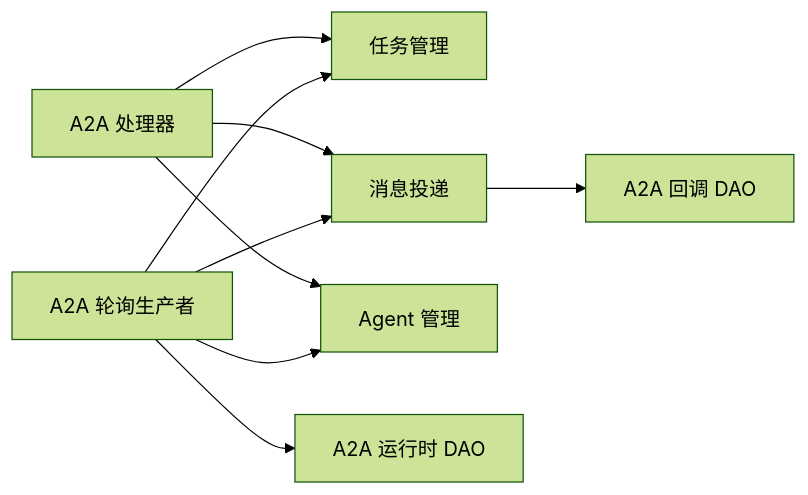
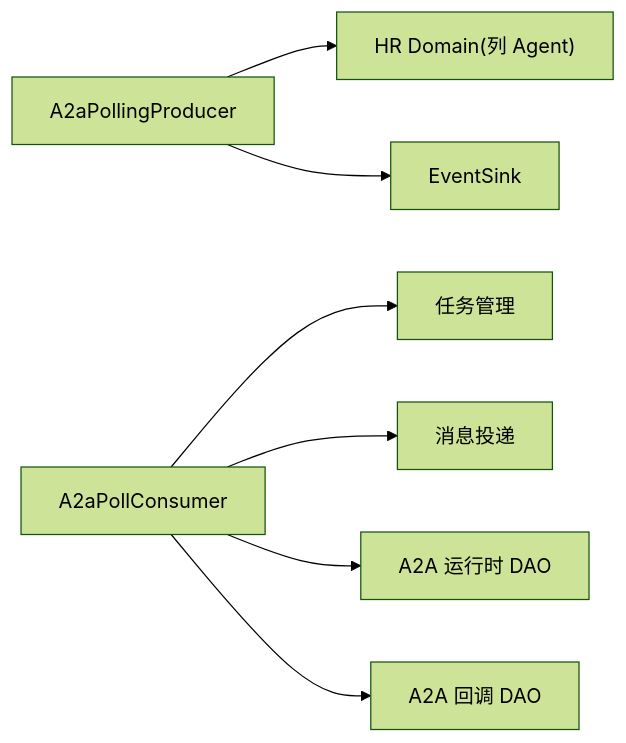
One commit to runningcoders/ai_orz changed the fourth of 4 diagrams in docs/wiki/zh/content/基础设施/AOP 事件系统/事件生产者/A2A 轮询生产者.md. Above: the diagram before and after it, drawn with Mermaid (forest theme). The commit also changed other lines of this file and 37 other files, not shown here.

````diff
--- a/docs/wiki/zh/content/基础设施/AOP 事件系统/事件生产者/A2A 轮询生产者.md
+++ b/docs/wiki/zh/content/基础设施/AOP 事件系统/事件生产者/A2A 轮询生产者.md
@@ -240,11 +205,9 @@
 ```mermaid
 graph LR
-P["A2A 轮询生产者"] --> D1["任务管理"]
-P --> D2["消息投递"]
-P --> D3["Agent 管理"]
-P --> R["A2A 运行时 DAO"]
-H["A2A 处理器"] --> D1
-H --> D2
-H --> D3
-D2 --> C["A2A 回调 DAO"]
+P["A2aPollingProducer"] --> HR["HR Domain(列 Agent)"]
+P --> SINK["EventSink"]
+CONS["A2aPollConsumer"] --> DM["任务管理"]
+CONS --> MD["消息投递"]
+CONS --> DAO["A2A 运行时 DAO"]
+CONS --> CB["A2A 回调 DAO"]
 ```
````
